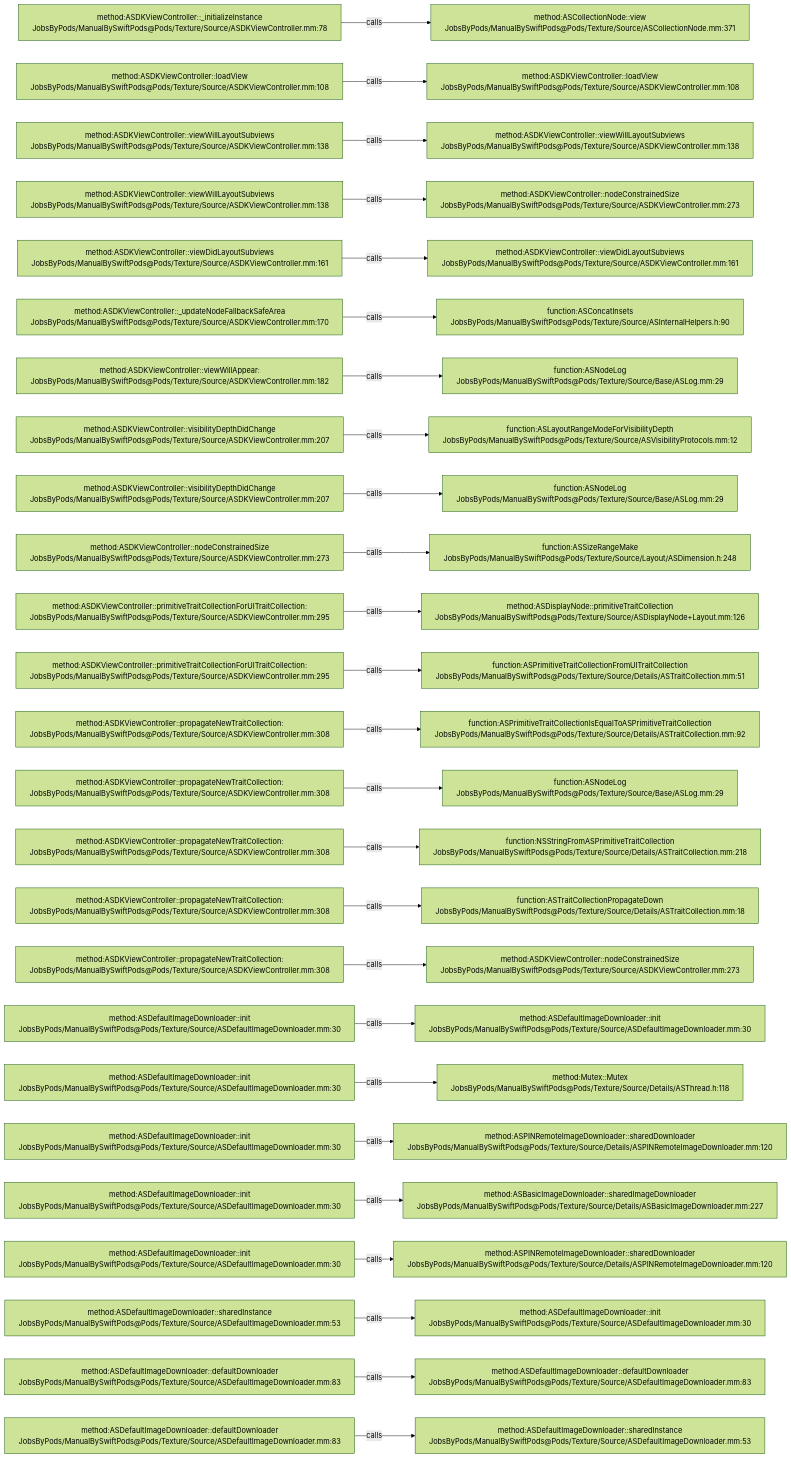
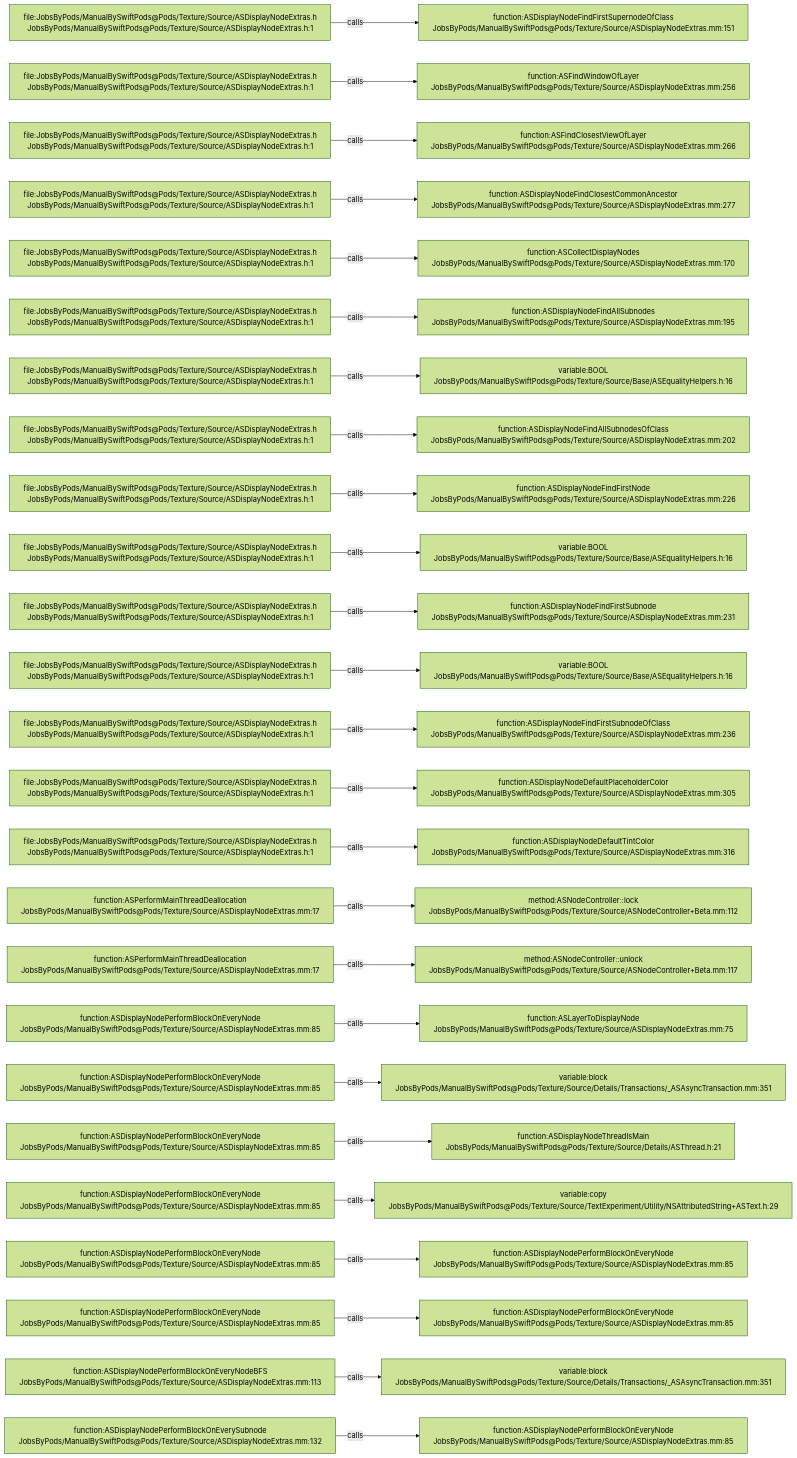
The diagram in .codegraph/codegraph.md/graphs/calls-038.md (JobsKits/JobsSwiftBaseConfigDemo), drawn with Mermaid (forest theme) before and after one commit. The commit also changed 832 other files, not shown here.

````diff
--- a/.codegraph/codegraph.md/graphs/calls-038.md
+++ b/.codegraph/codegraph.md/graphs/calls-038.md
@@ -13,78 +13,78 @@
 ```mermaid
 flowchart LR
-  S1["method:ASDKViewController::_initializeInstance<br/>JobsByPods/ManualBySwiftPods@Pods/Texture/Source/ASDKViewController.mm:78"]
-  T1["method:ASCollectionNode::view<br/>JobsByPods/ManualBySwiftPods@Pods/Texture/Source/ASCollectionNode.mm:371"]
+  S1["file:JobsByPods/ManualBySwiftPods@Pods/Texture/Source/ASDisplayNodeExtras.h<br/>JobsByPods/ManualBySwiftPods@Pods/Texture/Source/ASDisplayNodeExtras.h:1"]
+  T1["function:ASDisplayNodeFindFirstSupernodeOfClass<br/>JobsByPods/ManualBySwiftPods@Pods/Texture/Source/ASDisplayNodeExtras.mm:151"]
   S1 -->|calls| T1
-  S2["method:ASDKViewController::loadView<br/>JobsByPods/ManualBySwiftPods@Pods/Texture/Source/ASDKViewController.mm:108"]
-  T2["method:ASDKViewController::loadView<br/>JobsByPods/ManualBySwiftPods@Pods/Texture/Source/ASDKViewController.mm:108"]
+  S2["file:JobsByPods/ManualBySwiftPods@Pods/Texture/Source/ASDisplayNodeExtras.h<br/>JobsByPods/ManualBySwiftPods@Pods/Texture/Source/ASDisplayNodeExtras.h:1"]
+  T2["function:ASFindWindowOfLayer<br/>JobsByPods/ManualBySwiftPods@Pods/Texture/Source/ASDisplayNodeExtras.mm:256"]
   S2 -->|calls| T2
-  S3["method:ASDKViewController::viewWillLayoutSubviews<br/>JobsByPods/ManualBySwiftPods@Pods/Texture/Source/ASDKViewController.mm:138"]
-  T3["method:ASDKViewController::viewWillLayoutSubviews<br/>JobsByPods/ManualBySwiftPods@Pods/Texture/Source/ASDKViewController.mm:138"]
+  S3["file:JobsByPods/ManualBySwiftPods@Pods/Texture/Source/ASDisplayNodeExtras.h<br/>JobsByPods/ManualBySwiftPods@Pods/Texture/Source/ASDisplayNodeExtras.h:1"]
+  T3["function:ASFindClosestViewOfLayer<br/>JobsByPods/ManualBySwiftPods@Pods/Texture/Source/ASDisplayNodeExtras.mm:266"]
   S3 -->|calls| T3
-  S4["method:ASDKViewController::viewWillLayoutSubviews<br/>JobsByPods/ManualBySwiftPods@Pods/Texture/Source/ASDKViewController.mm:138"]
-  T4["method:ASDKViewController::nodeConstrainedSize<br/>JobsByPods/ManualBySwiftPods@Pods/Texture/Source/ASDKViewController.mm:273"]
+  S4["file:JobsByPods/ManualBySwiftPods@Pods/Texture/Source/ASDisplayNodeExtras.h<br/>JobsByPods/ManualBySwiftPods@Pods/Texture/Source/ASDisplayNodeExtras.h:1"]
+  T4["function:ASDisplayNodeFindClosestCommonAncestor<br/>JobsByPods/ManualBySwiftPods@Pods/Texture/Source/ASDisplayNodeExtras.mm:277"]
   S4 -->|calls| T4
-  S5["method:ASDKViewController::viewDidLayoutSubviews<br/>JobsByPods/ManualBySwiftPods@Pods/Texture/Source/ASDKViewController.mm:161"]
-  T5["method:ASDKViewController::viewDidLayoutSubviews<br/>JobsByPods/ManualBySwiftPods@Pods/Texture/Source/ASDKViewController.mm:161"]
+  S5["file:JobsByPods/ManualBySwiftPods@Pods/Texture/Source/ASDisplayNodeExtras.h<br/>JobsByPods/ManualBySwiftPods@Pods/Texture/Source/ASDisplayNodeExtras.h:1"]
+  T5["function:ASCollectDisplayNodes<br/>JobsByPods/ManualBySwiftPods@Pods/Texture/Source/ASDisplayNodeExtras.mm:170"]
   S5 -->|calls| T5
-  S6["method:ASDKViewController::_updateNodeFallbackSafeArea<br/>JobsByPods/ManualBySwiftPods@Pods/Texture/Source/ASDKViewController.mm:170"]
-  T6["function:ASConcatInsets<br/>JobsByPods/ManualBySwiftPods@Pods/Texture/Source/ASInternalHelpers.h:90"]
+  S6["file:JobsByPods/ManualBySwiftPods@Pods/Texture/Source/ASDisplayNodeExtras.h<br/>JobsByPods/ManualBySwiftPods@Pods/Texture/Source/ASDisplayNodeExtras.h:1"]
+  T6["function:ASDisplayNodeFindAllSubnodes<br/>JobsByPods/ManualBySwiftPods@Pods/Texture/Source/ASDisplayNodeExtras.mm:195"]
   S6 -->|calls| T6
-  S7["method:ASDKViewController::viewWillAppear:<br/>JobsByPods/ManualBySwiftPods@Pods/Texture/Source/ASDKViewController.mm:182"]
-  T7["function:ASNodeLog<br/>JobsByPods/ManualBySwiftPods@Pods/Texture/Source/Base/ASLog.mm:29"]
+  S7["file:JobsByPods/ManualBySwiftPods@Pods/Texture/Source/ASDisplayNodeExtras.h<br/>JobsByPods/ManualBySwiftPods@Pods/Texture/Source/ASDisplayNodeExtras.h:1"]
+  T7["variable:BOOL<br/>JobsByPods/ManualBySwiftPods@Pods/Texture/Source/Base/ASEqualityHelpers.h:16"]
   S7 -->|calls| T7
-  S8["method:ASDKViewController::visibilityDepthDidChange<br/>JobsByPods/ManualBySwiftPods@Pods/Texture/Source/ASDKViewController.mm:207"]
-  T8["function:ASLayoutRangeModeForVisibilityDepth<br/>JobsByPods/ManualBySwiftPods@Pods/Texture/Source/ASVisibilityProtocols.mm:12"]
+  S8["file:JobsByPods/ManualBySwiftPods@Pods/Texture/Source/ASDisplayNodeExtras.h<br/>JobsByPods/ManualBySwiftPods@Pods/Texture/Source/ASDisplayNodeExtras.h:1"]
+  T8["function:ASDisplayNodeFindAllSubnodesOfClass<br/>JobsByPods/ManualBySwiftPods@Pods/Texture/Source/ASDisplayNodeExtras.mm:202"]
   S8 -->|calls| T8
-  S9["method:ASDKViewController::visibilityDepthDidChange<br/>JobsByPods/ManualBySwiftPods@Pods/Texture/Source/ASDKViewController.mm:207"]
-  T9["function:ASNodeLog<br/>JobsByPods/ManualBySwiftPods@Pods/Texture/Source/Base/ASLog.mm:29"]
+  S9["file:JobsByPods/ManualBySwiftPods@Pods/Texture/Source/ASDisplayNodeExtras.h<br/>JobsByPods/ManualBySwiftPods@Pods/Texture/Source/ASDisplayNodeExtras.h:1"]
+  T9["function:ASDisplayNodeFindFirstNode<br/>JobsByPods/ManualBySwiftPods@Pods/Texture/Source/ASDisplayNodeExtras.mm:226"]
   S9 -->|calls| T9
-  S10["method:ASDKViewController::nodeConstrainedSize<br/>JobsByPods/ManualBySwiftPods@Pods/Texture/Source/ASDKViewController.mm:273"]
-  T10["function:ASSizeRangeMake<br/>JobsByPods/ManualBySwiftPods@Pods/Texture/Source/Layout/ASDimension.h:248"]
+  S10["file:JobsByPods/ManualBySwiftPods@Pods/Texture/Source/ASDisplayNodeExtras.h<br/>JobsByPods/ManualBySwiftPods@Pods/Texture/Source/ASDisplayNodeExtras.h:1"]
+  T10["variable:BOOL<br/>JobsByPods/ManualBySwiftPods@Pods/Texture/Source/Base/ASEqualityHelpers.h:16"]
   S10 -->|calls| T10
-  S11["method:ASDKViewController::primitiveTraitCollectionForUITraitCollection:<br/>JobsByPods/ManualBySwiftPods@Pods/Texture/Source/ASDKViewController.mm:295"]
-  T11["method:ASDisplayNode::primitiveTraitCollection<br/>JobsByPods/ManualBySwiftPods@Pods/Texture/Source/ASDisplayNode+Layout.mm:126"]
+  S11["file:JobsByPods/ManualBySwiftPods@Pods/Texture/Source/ASDisplayNodeExtras.h<br/>JobsByPods/ManualBySwiftPods@Pods/Texture/Source/ASDisplayNodeExtras.h:1"]
+  T11["function:ASDisplayNodeFindFirstSubnode<br/>JobsByPods/ManualBySwiftPods@Pods/Texture/Source/ASDisplayNodeExtras.mm:231"]
   S11 -->|calls| T11
-  S12["method:ASDKViewController::primitiveTraitCollectionForUITraitCollection:<br/>JobsByPods/ManualBySwiftPods@Pods/Texture/Source/ASDKViewController.mm:295"]
-  T12["function:ASPrimitiveTraitCollectionFromUITraitCollection<br/>JobsByPods/ManualBySwiftPods@Pods/Texture/Source/Details/ASTraitCollection.mm:51"]
+  S12["file:JobsByPods/ManualBySwiftPods@Pods/Texture/Source/ASDisplayNodeExtras.h<br/>JobsByPods/ManualBySwiftPods@Pods/Texture/Source/ASDisplayNodeExtras.h:1"]
+  T12["variable:BOOL<br/>JobsByPods/ManualBySwiftPods@Pods/Texture/Source/Base/ASEqualityHelpers.h:16"]
   S12 -->|calls| T12
-  S13["method:ASDKViewController::propagateNewTraitCollection:<br/>JobsByPods/ManualBySwiftPods@Pods/Texture/Source/ASDKViewController.mm:308"]
-  T13["function:ASPrimitiveTraitCollectionIsEqualToASPrimitiveTraitCollection<br/>JobsByPods/ManualBySwiftPods@Pods/Texture/Source/Details/ASTraitCollection.mm:92"]
+  S13["file:JobsByPods/ManualBySwiftPods@Pods/Texture/Source/ASDisplayNodeExtras.h<br/>JobsByPods/ManualBySwiftPods@Pods/Texture/Source/ASDisplayNodeExtras.h:1"]
+  T13["function:ASDisplayNodeFindFirstSubnodeOfClass<br/>JobsByPods/ManualBySwiftPods@Pods/Texture/Source/ASDisplayNodeExtras.mm:236"]
   S13 -->|calls| T13
-  S14["method:ASDKViewController::propagateNewTraitCollection:<br/>JobsByPods/ManualBySwiftPods@Pods/Texture/Source/ASDKViewController.mm:308"]
-  T14["function:ASNodeLog<br/>JobsByPods/ManualBySwiftPods@Pods/Texture/Source/Base/ASLog.mm:29"]
+  S14["file:JobsByPods/ManualBySwiftPods@Pods/Texture/Source/ASDisplayNodeExtras.h<br/>JobsByPods/ManualBySwiftPods@Pods/Texture/Source/ASDisplayNodeExtras.h:1"]
+  T14["function:ASDisplayNodeDefaultPlaceholderColor<br/>JobsByPods/ManualBySwiftPods@Pods/Texture/Source/ASDisplayNodeExtras.mm:305"]
   S14 -->|calls| T14
-  S15["method:ASDKViewController::propagateNewTraitCollection:<br/>JobsByPods/ManualBySwiftPods@Pods/Texture/Source/ASDKViewController.mm:308"]
-  T15["function:NSStringFromASPrimitiveTraitCollection<br/>JobsByPods/ManualBySwiftPods@Pods/Texture/Source/Details/ASTraitCollection.mm:218"]
+  S15["file:JobsByPods/ManualBySwiftPods@Pods/Texture/Source/ASDisplayNodeExtras.h<br/>JobsByPods/ManualBySwiftPods@Pods/Texture/Source/ASDisplayNodeExtras.h:1"]
+  T15["function:ASDisplayNodeDefaultTintColor<br/>JobsByPods/ManualBySwiftPods@Pods/Texture/Source/ASDisplayNodeExtras.mm:316"]
   S15 -->|calls| T15
-  S16["method:ASDKViewController::propagateNewTraitCollection:<br/>JobsByPods/ManualBySwiftPods@Pods/Texture/Source/ASDKViewController.mm:308"]
-  T16["function:ASTraitCollectionPropagateDown<br/>JobsByPods/ManualBySwiftPods@Pods/Texture/Source/Details/ASTraitCollection.mm:18"]
+  S16["function:ASPerformMainThreadDeallocation<br/>JobsByPods/ManualBySwiftPods@Pods/Texture/Source/ASDisplayNodeExtras.mm:17"]
+  T16["method:ASNodeController::lock<br/>JobsByPods/ManualBySwiftPods@Pods/Texture/Source/ASNodeController+Beta.mm:112"]
   S16 -->|calls| T16
-  S17["method:ASDKViewController::propagateNewTraitCollection:<br/>JobsByPods/ManualBySwiftPods@Pods/Texture/Source/ASDKViewController.mm:308"]
-  T17["method:ASDKViewController::nodeConstrainedSize<br/>JobsByPods/ManualBySwiftPods@Pods/Texture/Source/ASDKViewController.mm:273"]
+  S17["function:ASPerformMainThreadDeallocation<br/>JobsByPods/ManualBySwiftPods@Pods/Texture/Source/ASDisplayNodeExtras.mm:17"]
+  T17["method:ASNodeController::unlock<br/>JobsByPods/ManualBySwiftPods@Pods/Texture/Source/ASNodeController+Beta.mm:117"]
   S17 -->|calls| T17
-  S18["method:ASDefaultImageDownloader::init<br/>JobsByPods/ManualBySwiftPods@Pods/Texture/Source/ASDefaultImageDownloader.mm:30"]
-  T18["method:ASDefaultImageDownloader::init<br/>JobsByPods/ManualBySwiftPods@Pods/Texture/Source/ASDefaultImageDownloader.mm:30"]
+  S18["function:ASDisplayNodePerformBlockOnEveryNode<br/>JobsByPods/ManualBySwiftPods@Pods/Texture/Source/ASDisplayNodeExtras.mm:85"]
+  T18["function:ASLayerToDisplayNode<br/>JobsByPods/ManualBySwiftPods@Pods/Texture/Source/ASDisplayNodeExtras.mm:75"]
   S18 -->|calls| T18
-  S19["method:ASDefaultImageDownloader::init<br/>JobsByPods/ManualBySwiftPods@Pods/Texture/Source/ASDefaultImageDownloader.mm:30"]
-  T19["method:Mutex::Mutex<br/>JobsByPods/ManualBySwiftPods@Pods/Texture/Source/Details/ASThread.h:118"]
+  S19["function:ASDisplayNodePerformBlockOnEveryNode<br/>JobsByPods/ManualBySwiftPods@Pods/Texture/Source/ASDisplayNodeExtras.mm:85"]
+  T19["variable:block<br/>JobsByPods/ManualBySwiftPods@Pods/Texture/Source/Details/Transactions/_ASAsyncTransaction.mm:351"]
   S19 -->|calls| T19
-  S20["method:ASDefaultImageDownloader::init<br/>JobsByPods/ManualBySwiftPods@Pods/Texture/Source/ASDefaultImageDownloader.mm:30"]
-  T20["method:ASPINRemoteImageDownloader::sharedDownloader<br/>JobsByPods/ManualBySwiftPods@Pods/Texture/Source/Details/ASPINRemoteImageDownloader.mm:120"]
+  S20["function:ASDisplayNodePerformBlockOnEveryNode<br/>JobsByPods/ManualBySwiftPods@Pods/Texture/Source/ASDisplayNodeExtras.mm:85"]
+  T20["function:ASDisplayNodeThreadIsMain<br/>JobsByPods/ManualBySwiftPods@Pods/Texture/Source/Details/ASThread.h:21"]
   S20 -->|calls| T20
-  S21["method:ASDefaultImageDownloader::init<br/>JobsByPods/ManualBySwiftPods@Pods/Texture/Source/ASDefaultImageDownloader.mm:30"]
-  T21["method:ASBasicImageDownloader::sharedImageDownloader<br/>JobsByPods/ManualBySwiftPods@Pods/Texture/Source/Details/ASBasicImageDownloader.mm:227"]
+  S21["function:ASDisplayNodePerformBlockOnEveryNode<br/>JobsByPods/ManualBySwiftPods@Pods/Texture/Source/ASDisplayNodeExtras.mm:85"]
+  T21["variable:copy<br/>JobsByPods/ManualBySwiftPods@Pods/Texture/Source/TextExperiment/Utility/NSAttributedString+ASText.h:29"]
   S21 -->|calls| T21
-  S22["method:ASDefaultImageDownloader::init<br/>JobsByPods/ManualBySwiftPods@Pods/Texture/Source/ASDefaultImageDownloader.mm:30"]
-  T22["method:ASPINRemoteImageDownloader::sharedDownloader<br/>JobsByPods/ManualBySwiftPods@Pods/Texture/Source/Details/ASPINRemoteImageDownloader.mm:120"]
+  S22["function:ASDisplayNodePerformBlockOnEveryNode<br/>JobsByPods/ManualBySwiftPods@Pods/Texture/Source/ASDisplayNodeExtras.mm:85"]
+  T22["function:ASDisplayNodePerformBlockOnEveryNode<br/>JobsByPods/ManualBySwiftPods@Pods/Texture/Source/ASDisplayNodeExtras.mm:85"]
   S22 -->|calls| T22
-  S23["method:ASDefaultImageDownloader::sharedInstance<br/>JobsByPods/ManualBySwiftPods@Pods/Texture/Source/ASDefaultImageDownloader.mm:53"]
-  T23["method:ASDefaultImageDownloader::init<br/>JobsByPods/ManualBySwiftPods@Pods/Texture/Source/ASDefaultImageDownloader.mm:30"]
+  S23["function:ASDisplayNodePerformBlockOnEveryNode<br/>JobsByPods/ManualBySwiftPods@Pods/Texture/Source/ASDisplayNodeExtras.mm:85"]
+  T23["function:ASDisplayNodePerformBlockOnEveryNode<br/>JobsByPods/ManualBySwiftPods@Pods/Texture/Source/ASDisplayNodeExtras.mm:85"]
   S23 -->|calls| T23
-  S24["method:ASDefaultImageDownloader::defaultDownloader<br/>JobsByPods/ManualBySwiftPods@Pods/Texture/Source/ASDefaultImageDownloader.mm:83"]
-  T24["method:ASDefaultImageDownloader::defaultDownloader<br/>JobsByPods/ManualBySwiftPods@Pods/Texture/Source/ASDefaultImageDownloader.mm:83"]
+  S24["function:ASDisplayNodePerformBlockOnEveryNodeBFS<br/>JobsByPods/ManualBySwiftPods@Pods/Texture/Source/ASDisplayNodeExtras.mm:113"]
+  T24["variable:block<br/>JobsByPods/ManualBySwiftPods@Pods/Texture/Source/Details/Transactions/_ASAsyncTransaction.mm:351"]
   S24 -->|calls| T24
-  S25["method:ASDefaultImageDownloader::defaultDownloader<br/>JobsByPods/ManualBySwiftPods@Pods/Texture/Source/ASDefaultImageDownloader.mm:83"]
-  T25["method:ASDefaultImageDownloader::sharedInstance<br/>JobsByPods/ManualBySwiftPods@Pods/Texture/Source/ASDefaultImageDownloader.mm:53"]
+  S25["function:ASDisplayNodePerformBlockOnEverySubnode<br/>JobsByPods/ManualBySwiftPods@Pods/Texture/Source/ASDisplayNodeExtras.mm:132"]
+  T25["function:ASDisplayNodePerformBlockOnEveryNode<br/>JobsByPods/ManualBySwiftPods@Pods/Texture/Source/ASDisplayNodeExtras.mm:85"]
   S25 -->|calls| T25
 ```
````
